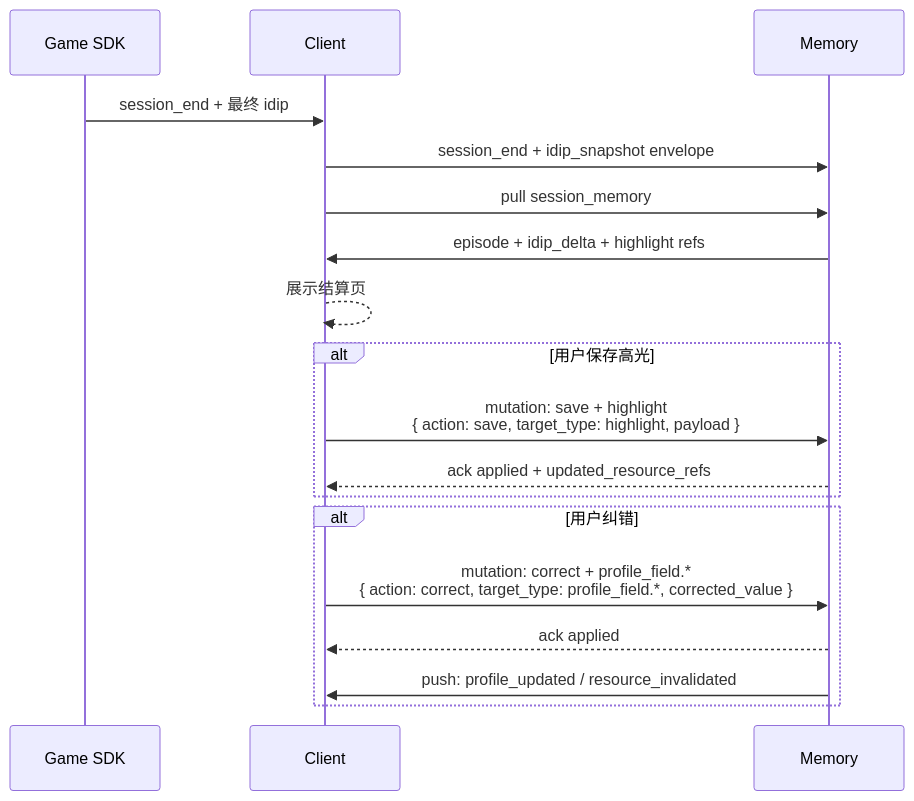
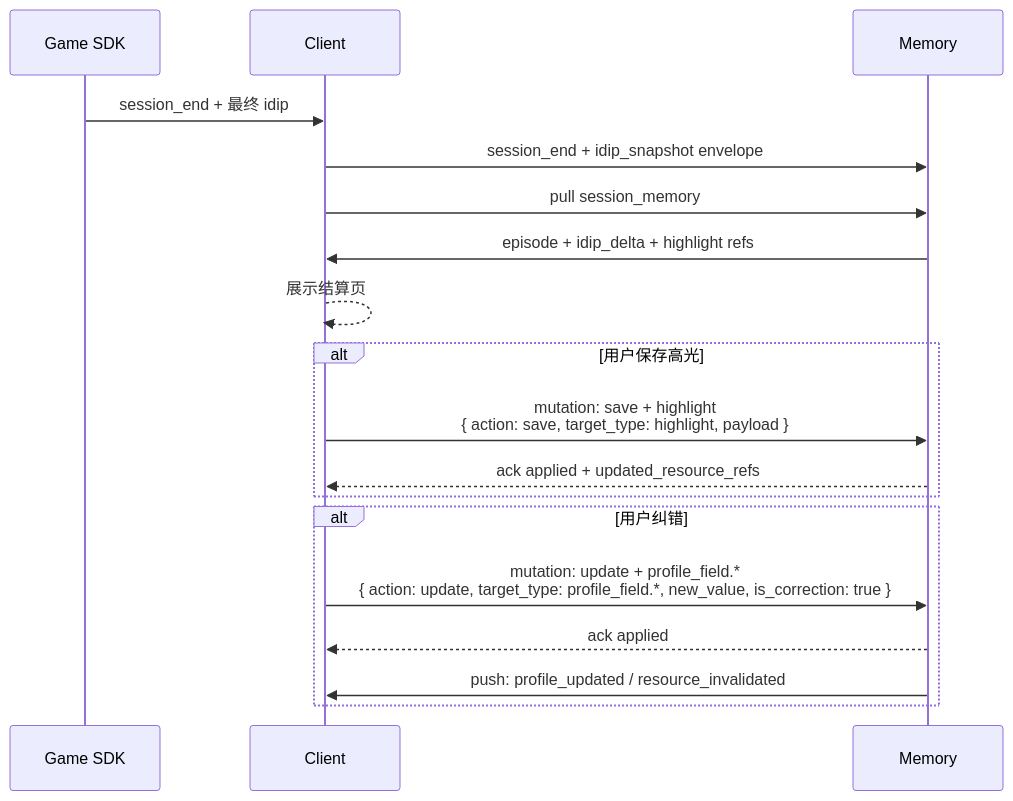
Diagram 13 of 17 in projects/desktop-pet/01-pm/branches/memory-dataset/DATA_FLOW_REQUIREMENT_SPECIFICATION.md (uu-yaya/ai-product-builder), drawn with Mermaid before and after one commit. The commit also changed other lines of this file and 1 other file, not shown here.

````diff
--- a/projects/desktop-pet/01-pm/branches/memory-dataset/DATA_FLOW_REQUIREMENT_SPECIFICATION.md
+++ b/projects/desktop-pet/01-pm/branches/memory-dataset/DATA_FLOW_REQUIREMENT_SPECIFICATION.md
@@ -1480,20 +1507,20 @@
 ```mermaid
 sequenceDiagram
     participant SDK as Game SDK
     participant C as Client
     participant M as Memory
     SDK->>C: session_end + 最终 idip
     C->>M: session_end + idip_snapshot envelope
     C->>M: pull session_memory
     M->>C: episode + idip_delta + highlight refs
     C-->>C: 展示结算页
     alt 用户保存高光
         C->>M: mutation: save + highlight<br/>{ action: save, target_type: highlight, payload }
         M-->>C: ack applied + updated_resource_refs
     end
     alt 用户纠错
-        C->>M: mutation: correct + profile_field.*<br/>{ action: correct, target_type: profile_field.*, corrected_value }
+        C->>M: mutation: update + profile_field.*<br/>{ action: update, target_type: profile_field.*, new_value, is_correction: true }
         M-->>C: ack applied
         M->>C: push: profile_updated / resource_invalidated
     end
 ```
````
